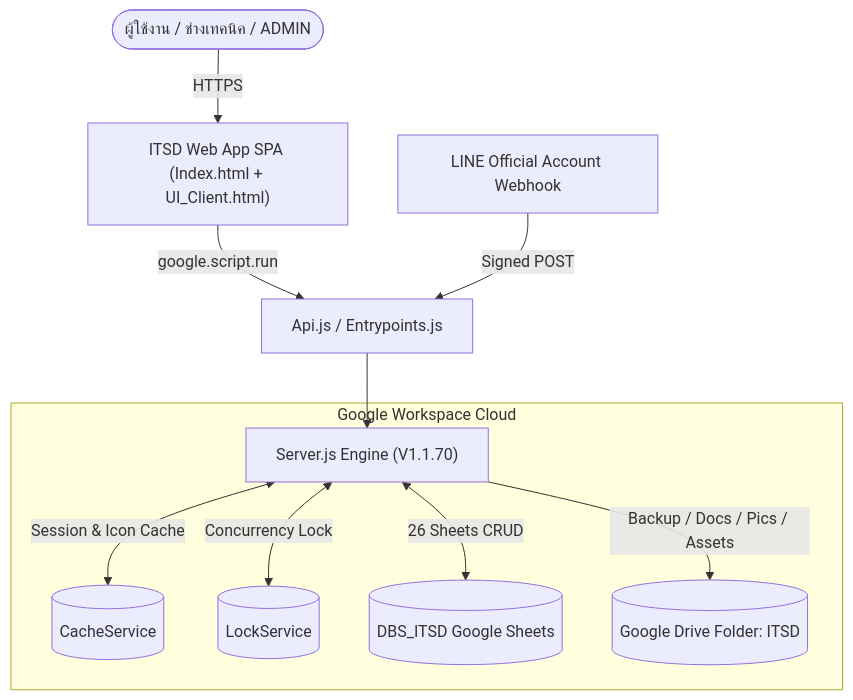
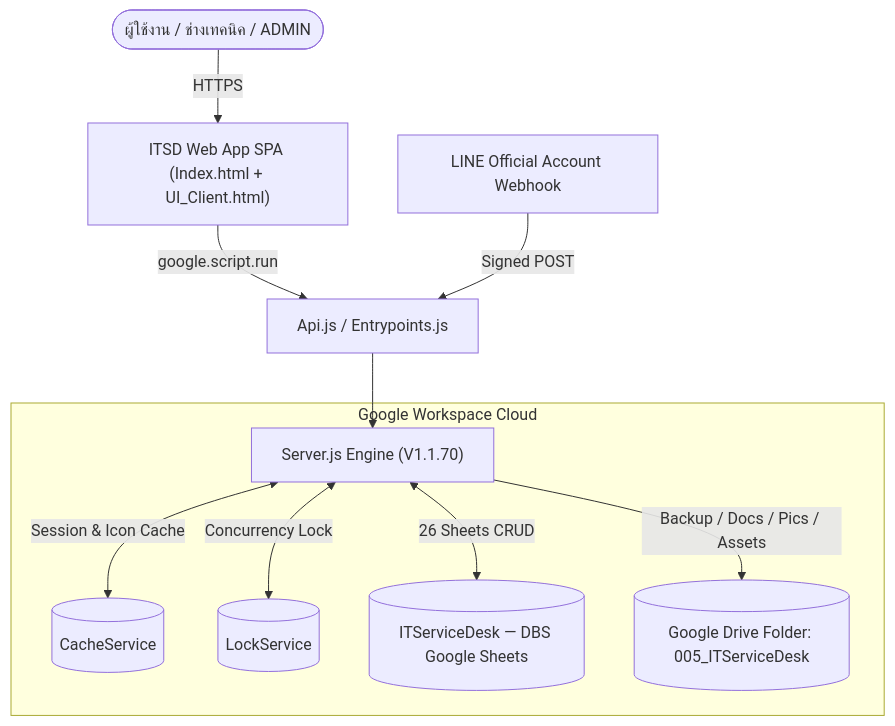
Before and after one commit to thakot-cloud/ITServiceDesk: the first of 2 diagrams in README.md, drawn with Mermaid. The commit also changed other lines of this file and 3 other files, not shown here.

Commit message:
docs: standardize resource names to 005_ITServiceDesk and ITServiceDesk — DBS

````diff
--- a/README.md
+++ b/README.md
@@ -65,15 +65,15 @@
 ```mermaid
 flowchart TD
     User(["ผู้ใช้งาน / ช่างเทคนิค / ADMIN"]) -->|HTTPS| WebApp["ITSD Web App SPA (Index.html + UI_Client.html)"]
     WebApp -->|google.script.run| Facade["Api.js / Entrypoints.js"]
     Facade --> Core["Server.js Engine (V1.1.70)"]
 
     subgraph Google["Google Workspace Cloud"]
         Core <-->|Session & Icon Cache| Cache[("CacheService")]
         Core <-->|Concurrency Lock| Lock[("LockService")]
-        Core <-->|26 Sheets CRUD| Sheets[("DBS_ITSD Google Sheets")]
-        Core -->|Backup / Docs / Pics / Assets| Drive[("Google Drive Folder: ITSD")]
+        Core <-->|26 Sheets CRUD| Sheets[("ITServiceDesk — DBS Google Sheets")]
+        Core -->|Backup / Docs / Pics / Assets| Drive[("Google Drive Folder: 005_ITServiceDesk")]
     end
 
     LINE["LINE Official Account Webhook"] -->|Signed POST| Facade
 ```
````
